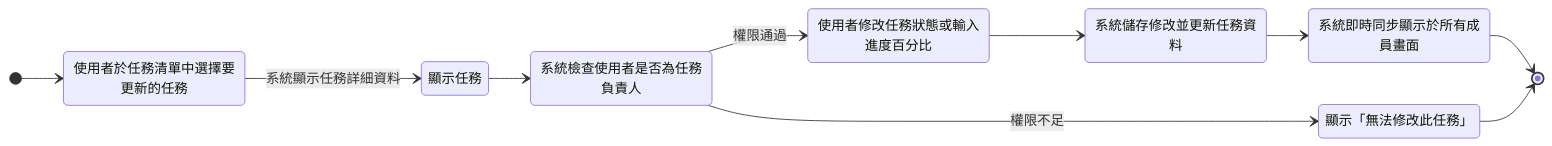
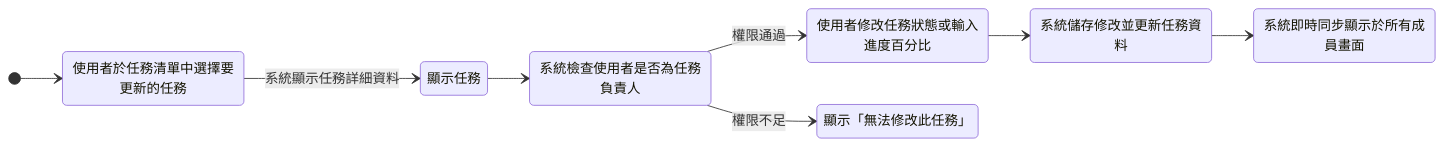
One commit to zhuang147/Task-Management changed the fourth of 5 diagrams in hw5.md. Above: the diagram before and after it, drawn with Mermaid. The commit also changed other lines of this file, not shown here.

````diff
--- a/hw5.md
+++ b/hw5.md
@@ -140,23 +140,23 @@
 ```mermaid
 stateDiagram-v2
 direction LR
     [*] --> 選擇任務
     選擇任務: 使用者於任務清單中選擇要更新的任務
     選擇任務 --> 顯示任務: 系統顯示任務詳細資料
 
     顯示任務 --> 驗證身份
     驗證身份: 系統檢查使用者是否為任務負責人
 
     驗證身份 --> 修改任務: 權限通過
     驗證身份 --> 顯示錯誤: 權限不足
 
     修改任務: 使用者修改任務狀態或輸入進度百分比
     修改任務 --> 儲存任務
     儲存任務: 系統儲存修改並更新任務資料
     儲存任務 --> 同步更新
     同步更新: 系統即時同步顯示於所有成員畫面
-    同步更新 --> [*]
 
     顯示錯誤: 顯示「無法修改此任務」
-    顯示錯誤 --> [*]
+
+
 ```
````
